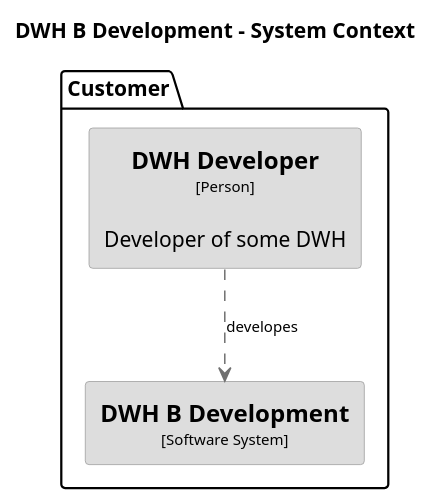
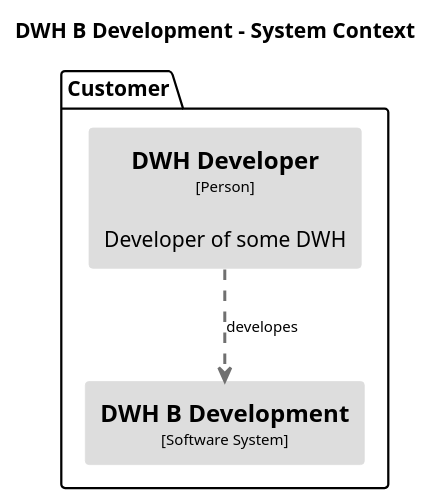
Before and after one commit to DataHandwerk/dhw-antora-docs: the diagram in docs/modules/arc/partials/c4_dsl/puml/structurizr-DWHBDevelopment-SystemContext.puml, drawn with PlantUML. The commit also changed 2689 other files, not shown here.

```diff
--- a/docs/modules/arc/partials/c4_dsl/puml/structurizr-DWHBDevelopment-SystemContext.puml
+++ b/docs/modules/arc/partials/c4_dsl/puml/structurizr-DWHBDevelopment-SystemContext.puml
@@ -1,28 +1,28 @@
 @startuml(id=DWHBDevelopment-SystemContext)
 title DWH B Development - System Context
 
 skinparam {
   shadowing false
   arrowFontSize 10
   defaultTextAlignment center
   wrapWidth 200
   maxMessageSize 100
 }
 hide stereotype
 top to bottom direction
 skinparam rectangle<<1>> {
   BackgroundColor #dddddd
   FontColor #000000
-  BorderColor #9A9A9A
+  BorderColor #dddddd
 }
 skinparam rectangle<<4>> {
   BackgroundColor #dddddd
   FontColor #000000
-  BorderColor #9A9A9A
+  BorderColor #dddddd
 }
 package "Customer" {
   rectangle "==DWH Developer\n<size:10>[Person]</size>\n\nDeveloper of some DWH" <<1>> as 1
   rectangle "==DWH B Development\n<size:10>[Software System]</size>" <<4>> as 4
 }
-1 .[#707070].> 4 : "developes"
+1 .[#707070,thickness=2].> 4 : "developes"
 @enduml
```
